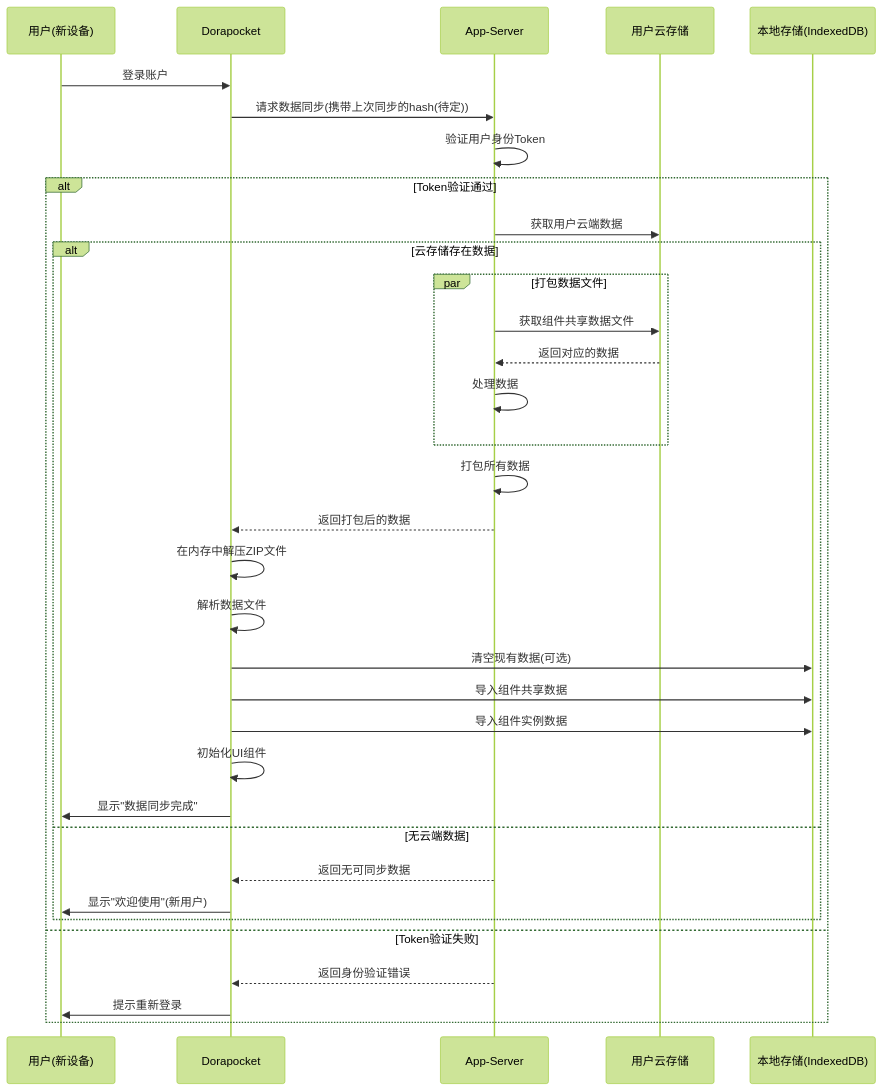
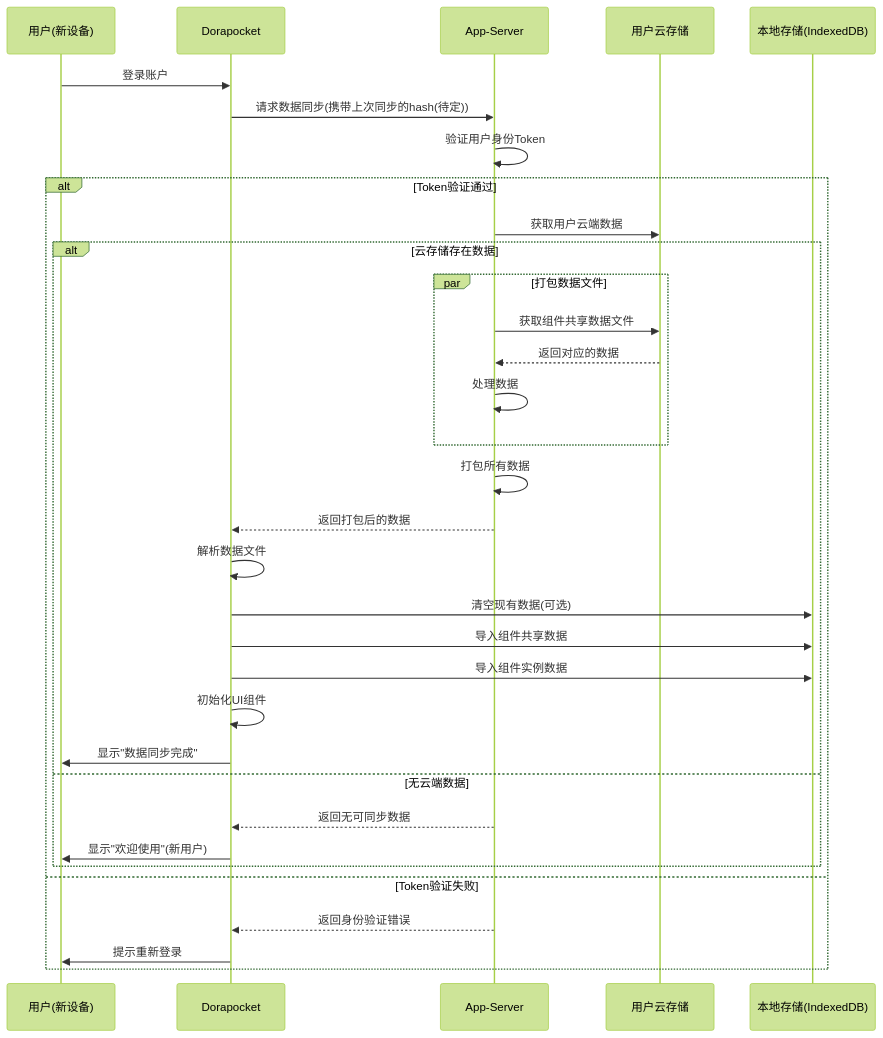
One commit to yingjianzh/iodraw-files changed the diagram in all/未命名-38.md. Above: the diagram before and after it, drawn with Mermaid (forest theme).

Commit message:
2025-04-21 14:00:25 update

````diff
--- a/all/未命名-38.md
+++ b/all/未命名-38.md
@@ -1,48 +1,46 @@
 ```mermaid
 sequenceDiagram
     participant User as 用户(新设备)
     participant App as Dorapocket
     participant AppServer as App-Server
     participant UserCloud as 用户云存储
     participant LocalDB as 本地存储(IndexedDB)
     
     User->>App: 登录账户
     
     App->>AppServer: 请求数据同步(携带上次同步的hash(待定))
     AppServer->>AppServer: 验证用户身份Token
     
     alt Token验证通过
         AppServer->>UserCloud: 获取用户云端数据
         
         
         alt 云存储存在数据
             par 打包数据文件
                 AppServer->>UserCloud: 获取组件共享数据文件
                 UserCloud-->>AppServer: 返回对应的数据
                 
                 AppServer->>AppServer: 处理数据
             end
             
             AppServer->>AppServer: 打包所有数据
             AppServer-->>App: 返回打包后的数据
             
-
             
-            App->>App: 在内存中解压ZIP文件
             App->>App: 解析数据文件
             
             App->>LocalDB: 清空现有数据(可选)
             App->>LocalDB: 导入组件共享数据
             App->>LocalDB: 导入组件实例数据
             
             App->>App: 初始化UI组件
             App->>User: 显示"数据同步完成"
         else 无云端数据
             AppServer-->>App: 返回无可同步数据
             App->>User: 显示"欢迎使用"(新用户)
         end
     else Token验证失败
         AppServer-->>App: 返回身份验证错误
         App->>User: 提示重新登录
     end
 ```
````
